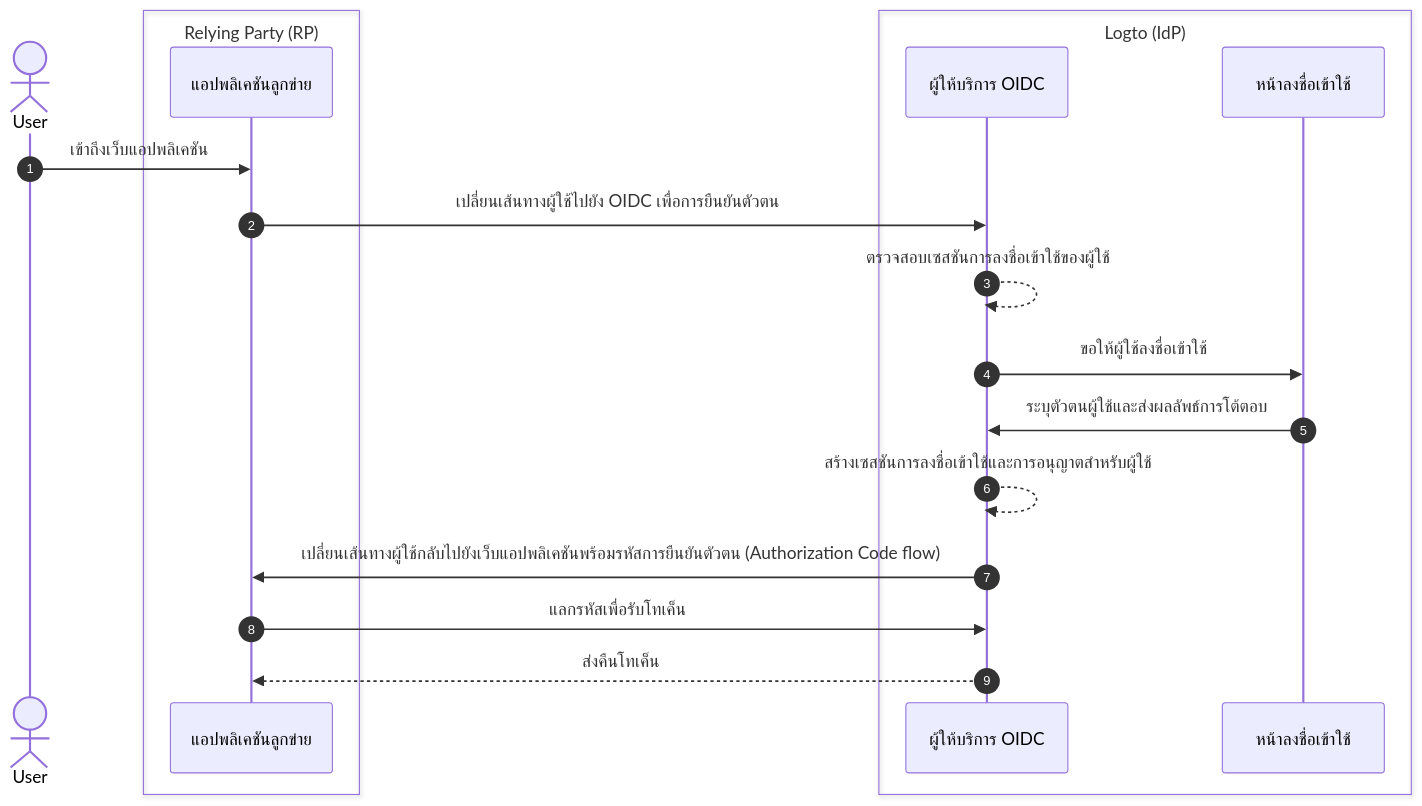
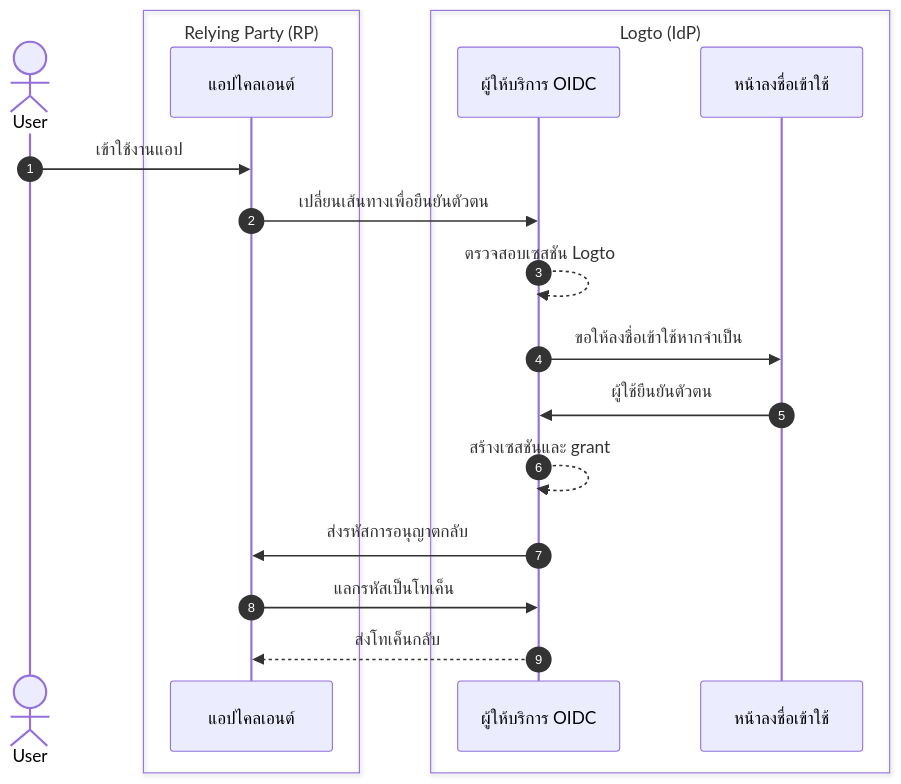
The second of 5 diagrams in i18n/th/docusaurus-plugin-content-docs/current/end-user-flows/sign-out.mdx (logto-io/docs), drawn with Mermaid before and after one commit. The commit also changed other lines of this file and 74 other files, not shown here.

````diff
--- a/i18n/th/docusaurus-plugin-content-docs/current/end-user-flows/sign-out.mdx
+++ b/i18n/th/docusaurus-plugin-content-docs/current/end-user-flows/sign-out.mdx
@@ -13,24 +62,24 @@
 ```mermaid
-  sequenceDiagram
-    autonumber
-    actor User
+sequenceDiagram
+  autonumber
+  actor User
 
-    box Relying Party (RP)
-      participant Client as แอปพลิเคชันลูกข่าย
-    end
+  box Relying Party (RP)
+    participant Client as แอปไคลเอนต์
+  end
 
-    box Logto (IdP)
-      participant OIDC as ผู้ให้บริการ OIDC
-      participant SignIn as หน้าลงชื่อเข้าใช้
-    end
+  box Logto (IdP)
+    participant OIDC as ผู้ให้บริการ OIDC
+    participant SignIn as หน้าลงชื่อเข้าใช้
+  end
 
-    User ->> Client: เข้าถึงเว็บแอปพลิเคชัน
-    Client ->> OIDC: เปลี่ยนเส้นทางผู้ใช้ไปยัง OIDC เพื่อการยืนยันตัวตน
-    OIDC -->> OIDC: ตรวจสอบเซสชันการลงชื่อเข้าใช้ของผู้ใช้
-    OIDC ->> SignIn: ขอให้ผู้ใช้ลงชื่อเข้าใช้
-    SignIn ->> OIDC: ระบุตัวตนผู้ใช้และส่งผลลัพธ์การโต้ตอบ
-    OIDC -->> OIDC: สร้างเซสชันการลงชื่อเข้าใช้และการอนุญาตสำหรับผู้ใช้
-    OIDC ->> Client: เปลี่ยนเส้นทางผู้ใช้กลับไปยังเว็บแอปพลิเคชันพร้อมรหัสการยืนยันตัวตน (Authorization Code flow)
-    Client ->> OIDC: แลกรหัสเพื่อรับโทเค็น
-    OIDC -->> Client: ส่งคืนโทเค็น
+  User ->> Client: เข้าใช้งานแอป
+  Client ->> OIDC: เปลี่ยนเส้นทางเพื่อยืนยันตัวตน
+  OIDC -->> OIDC: ตรวจสอบเซสชัน Logto
+  OIDC ->> SignIn: ขอให้ลงชื่อเข้าใช้หากจำเป็น
+  SignIn ->> OIDC: ผู้ใช้ยืนยันตัวตน
+  OIDC -->> OIDC: สร้างเซสชันและ grant
+  OIDC ->> Client: ส่งรหัสการอนุญาตกลับ
+  Client ->> OIDC: แลกรหัสเป็นโทเค็น
+  OIDC -->> Client: ส่งโทเค็นกลับ
 ```
````
